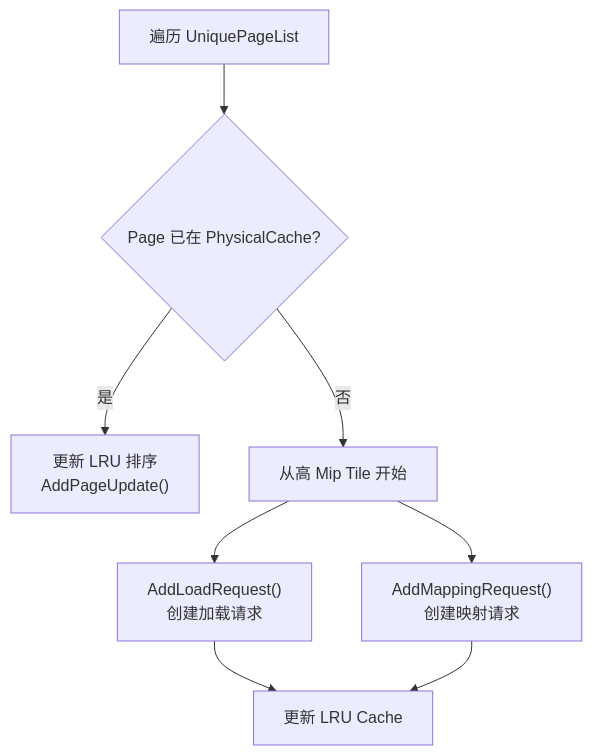
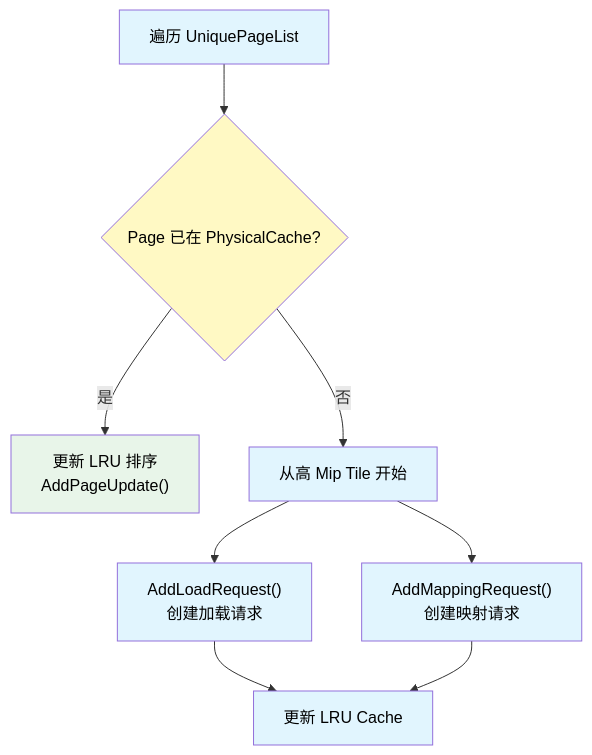
Before and after one commit to mr0ptimist/mroptimist.github.io: the fourth of 21 diagrams in content/posts/UE5_Virtual_Texture_与_Runtime_Virtual_Texture_源码级全流程解析.md, drawn with Mermaid. The commit also changed other lines of this file and 2 other files, not shown here.

First line of the commit message:
Mermaid 图表 Dark Reader 兼容：所有 flowchart 加 classDef 配色 + 文字强制黑色

````diff
--- a/content/posts/UE5_Virtual_Texture_与_Runtime_Virtual_Texture_源码级全流程解析.md
+++ b/content/posts/UE5_Virtual_Texture_与_Runtime_Virtual_Texture_源码级全流程解析.md
@@ -276,10 +289,18 @@
 ```mermaid
 flowchart TD
     A["遍历 UniquePageList"] --> B{"Page 已在 PhysicalCache?"}
     B -->|是| C["更新 LRU 排序\nAddPageUpdate()"]
     B -->|否| D["从高 Mip Tile 开始"]
     D --> E["AddLoadRequest()\n创建加载请求"]
     D --> F["AddMappingRequest()\n创建映射请求"]
     E --> G["更新 LRU Cache"]
     F --> G
+
+    classDef proc fill:#e1f5fe,color:#000
+    classDef dec fill:#fff9c4,color:#000
+    classDef ok fill:#e8f5e9,color:#000
+    class A proc
+    class B dec
+    class C ok
+    class D,E,F,G proc
 ```
````
